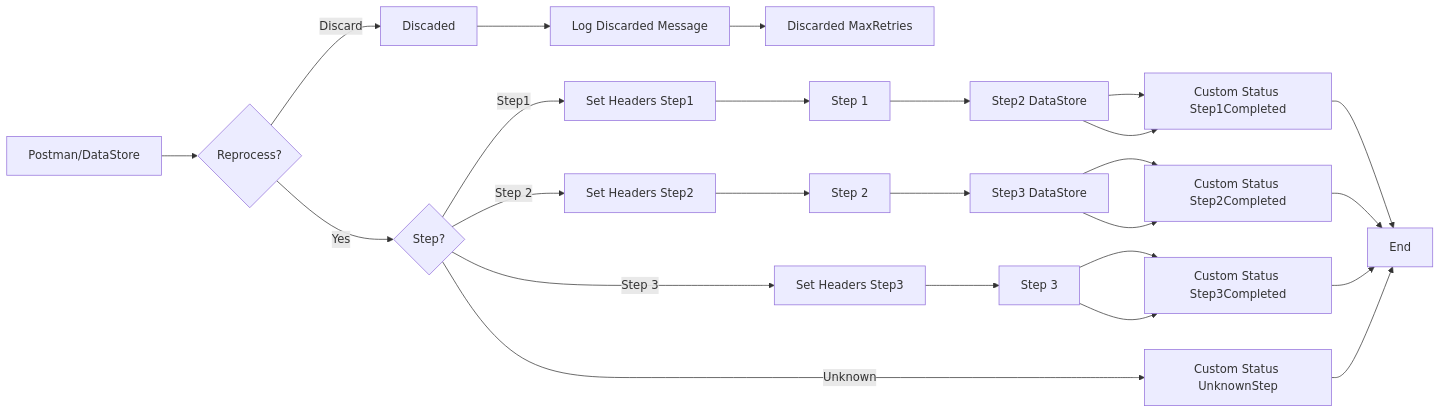
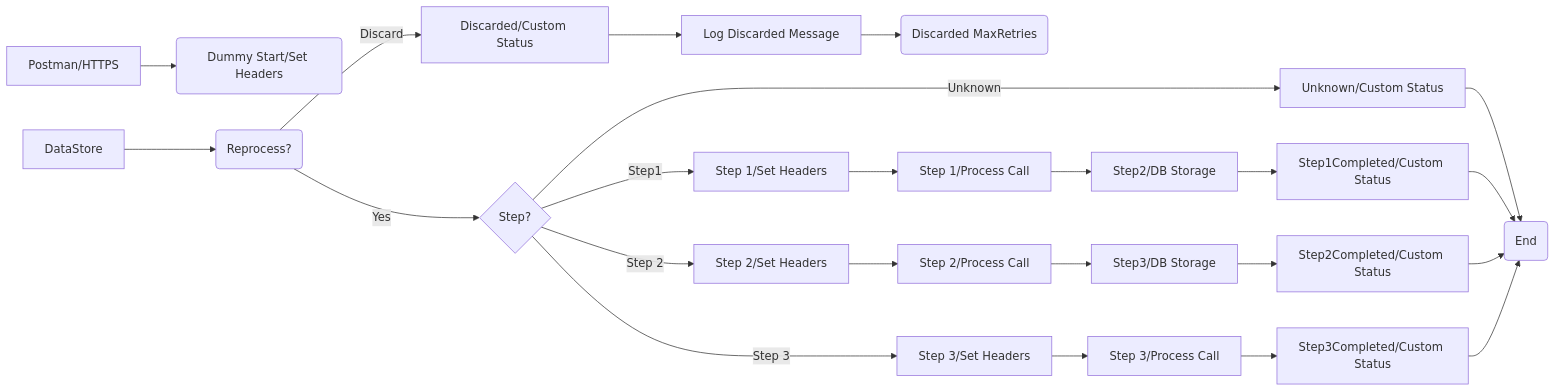
One commit to Avvale-IA-CICD/AvvaleCPI changed the diagram in MMZ - Cell Iflows/SEDA_Model_-_Single_DS_-_Restart_and_Discard_MMZ-1.0.0/readme.md. Above: the diagram before and after it, drawn with Mermaid. The commit also changed other lines of this file, not shown here.

Commit message:
Add/update documentation for SEDA_Model_-_Single_DS_-_Restart_and_Discard_MMZ v1.0.0

````diff
--- a/MMZ - Cell Iflows/SEDA_Model_-_Single_DS_-_Restart_and_Discard_MMZ-1.0.0/readme.md
+++ b/MMZ - Cell Iflows/SEDA_Model_-_Single_DS_-_Restart_and_Discard_MMZ-1.0.0/readme.md
@@ -4,28 +4,25 @@
 ```mermaid
 graph LR
-    A[Postman/DataStore] --> B{Reprocess?}
-    B -- Yes --> C{Step?}
-    B -- Discard --> D[Discaded]
-    D --> E[Log Discarded Message]
-    E --> F[Discarded MaxRetries]
-    C -- Step1 --> G[Set Headers Step1]
-    C -- Step 2 --> H[Set Headers Step2]
-    C -- Step 3 --> I[Set Headers Step3]
-    C -- Unknown --> J[Custom Status UnknownStep]
-    G --> K[Step 1]
-    H --> L[Step 2]
-    I --> M[Step 3]
-    K --> N[Step2 DataStore]
-    L --> O[Step3 DataStore]
-    N --> P[Custom Status Step1Completed]
-    O --> Q[Custom Status Step2Completed]
-    M --> R[Custom Status Step3Completed]
-    P --> S[End]
-    Q --> S
-    R --> S
-    J --> S
-    N --> P
-    O --> Q
-    M --> R
-    S[End]
+    A[Postman/HTTPS] --> B(Dummy Start/Set Headers)
+    C[DataStore] --> E(Reprocess?)
+    E -- Yes --> F{Step?}
+    E -- Discard --> G[Discarded/Custom Status]
+    G --> H[Log Discarded Message]
+    H --> I(Discarded MaxRetries)
+    F -- Step1 --> J[Step 1/Set Headers]
+    F -- Step 2 --> K[Step 2/Set Headers]
+    F -- Step 3 --> L[Step 3/Set Headers]
+    F -- Unknown --> M[Unknown/Custom Status]
+    M --> N(End)
+    J --> O[Step 1/Process Call]
+    K --> P[Step 2/Process Call]
+    L --> Q[Step 3/Process Call]
+    O --> R[Step2/DB Storage]
+    P --> S[Step3/DB Storage]
+    R --> T[Step1Completed/Custom Status]
+    S --> U[Step2Completed/Custom Status]
+    Q --> V[Step3Completed/Custom Status]
+    T --> N
+    U --> N
+    V --> N
 ```
````
